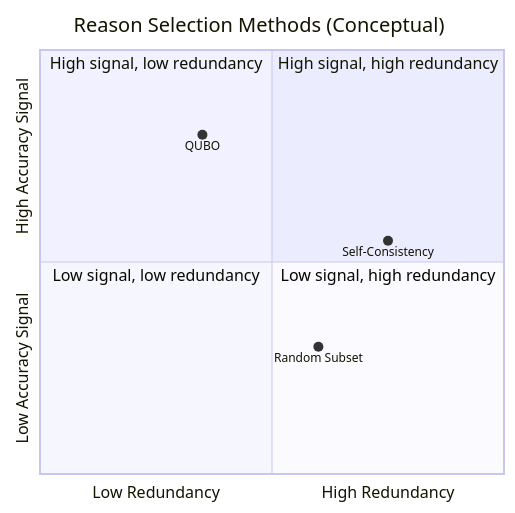
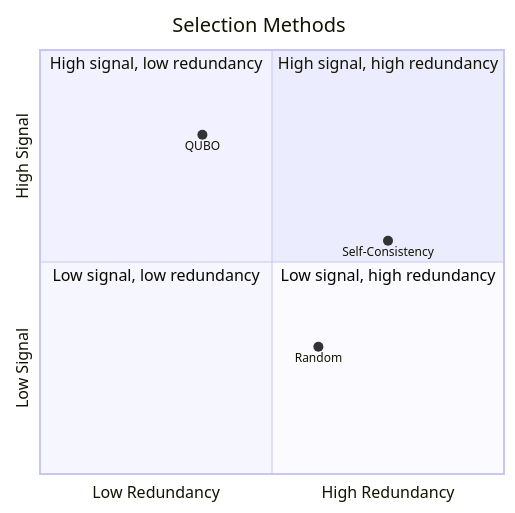
One commit to tanaymitra54/samsung_backup changed the tenth of 15 diagrams in README.md. Above: the diagram before and after it, drawn with Mermaid. The commit also changed other lines of this file, not shown here.

Commit message:
Simplify README Mermaid diagrams: shorter labels, cleaner visuals, less text

````diff
--- a/README.md
+++ b/README.md
@@ -317,13 +278,13 @@
 ```mermaid
 quadrantChart
-    title Reason Selection Methods (Conceptual)
+    title Selection Methods
     x-axis Low Redundancy --> High Redundancy
-    y-axis Low Accuracy Signal --> High Accuracy Signal
+    y-axis Low Signal --> High Signal
     quadrant-1 High signal, high redundancy
     quadrant-2 High signal, low redundancy
     quadrant-3 Low signal, low redundancy
     quadrant-4 Low signal, high redundancy
     QUBO: [0.35, 0.8]
     Self-Consistency: [0.75, 0.55]
-    Random Subset: [0.6, 0.3]
+    Random: [0.6, 0.3]
 ```
````
